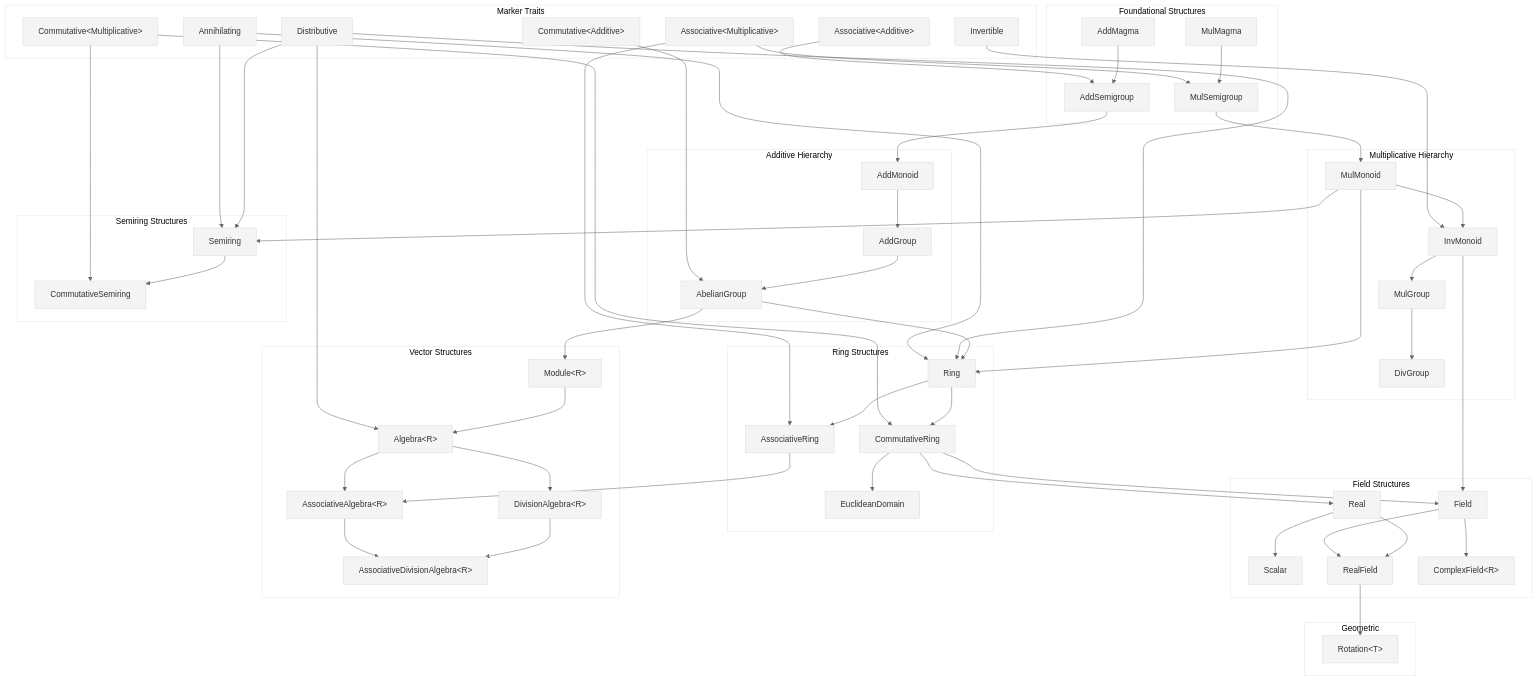
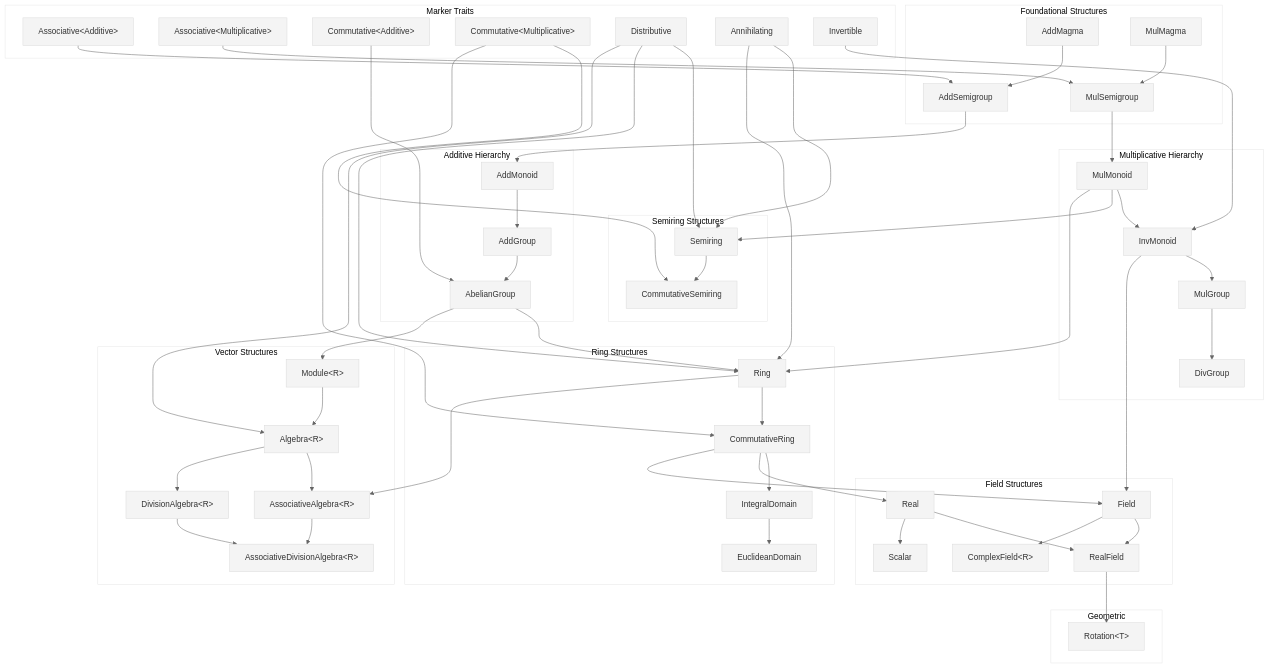
Before and after one commit to deepcausality-rs/deep_causality: the diagram in deep_causality_algebra/README_ALGEBRA_TRAITS.md, drawn with Mermaid. The commit also changed other lines of this file and 12 other files, not shown here.

First line of the commit message:
feat(algebra)!: add IntegralDomain, connect Semiring, remove AssociativeRing

```diff
--- a/deep_causality_algebra/README_ALGEBRA_TRAITS.md
+++ b/deep_causality_algebra/README_ALGEBRA_TRAITS.md
@@ -44,8 +44,8 @@
 
     subgraph Ring Structures
         Ring["Ring"]
-        AssocRing["AssociativeRing"]
         CommRing["CommutativeRing"]
+        IntDom["IntegralDomain"]
         EuclidDom["EuclideanDomain"]
     end
 
@@ -100,11 +100,10 @@
     MulMon --> Ring
     Dist --> Ring
     Annih --> Ring
-    Ring --> AssocRing
-    AssocM --> AssocRing
     Ring --> CommRing
     CommM --> CommRing
-    CommRing --> EuclidDom
+    CommRing --> IntDom
+    IntDom --> EuclidDom
 
     %% Field path
     CommRing --> Real
@@ -120,7 +119,7 @@
     Module --> Alg
     Dist --> Alg
     Alg --> AssocAlg
-    AssocRing --> AssocAlg
+    Ring --> AssocAlg
     Alg --> DivAlg
     DivAlg --> AssocDivAlg
     AssocAlg --> AssocDivAlg
```
